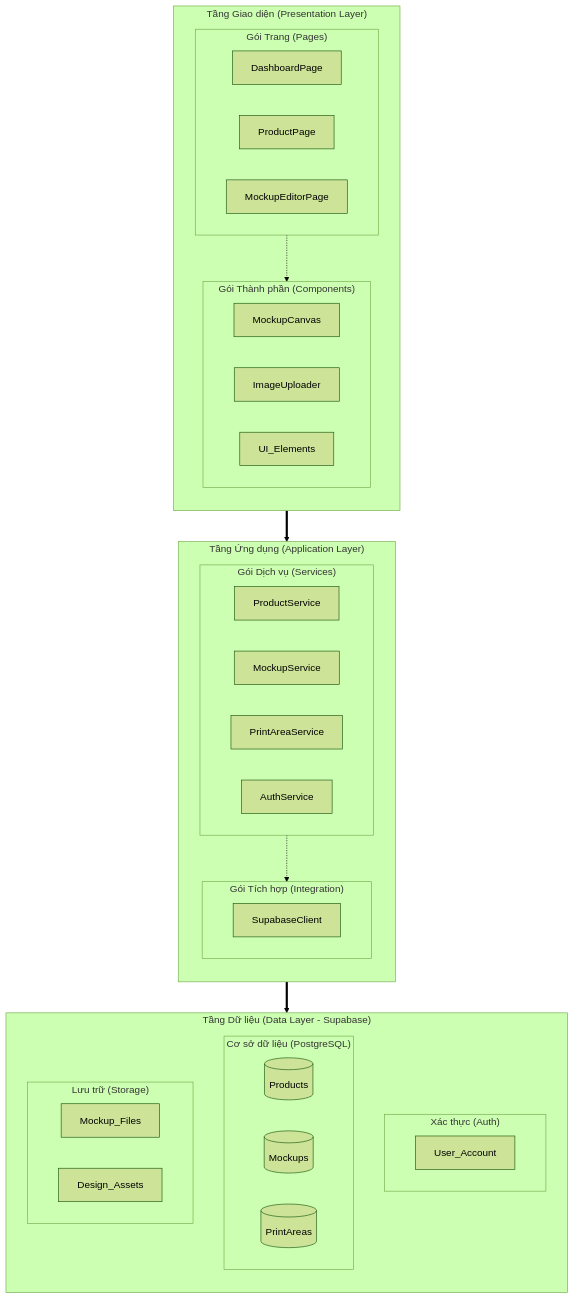
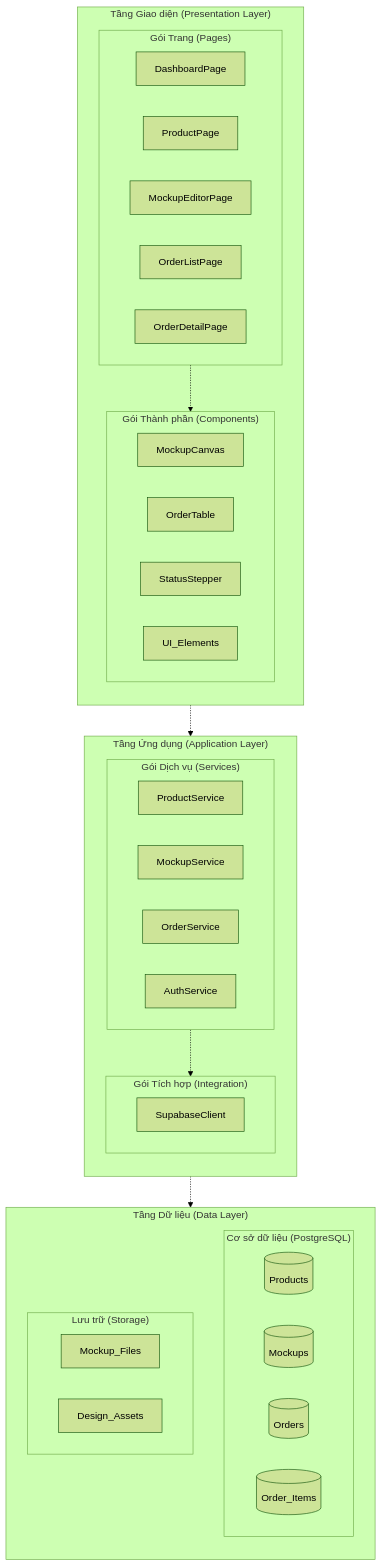
The diagram in package-diagram.md (yennh712/project-2), drawn with Mermaid (forest theme) before and after one commit.

Commit message:
Update package diagram with new components and services

````diff
--- a/package-diagram.md
+++ b/package-diagram.md
@@ -1,59 +1,60 @@
 ```mermaid
 flowchart TB
-    %% Tầng Presentation - Chỉ chứa logic hiển thị
+    %% TẦNG GIAO DIỆN (PRESENTATION LAYER)
     subgraph PresentationLayer ["Tầng Giao diện (Presentation Layer)"]
         direction TB
         subgraph ViewPages ["Gói Trang (Pages)"]
             direction LR
             P1[DashboardPage]
             P2[ProductPage]
             P3[MockupEditorPage]
+            P4[OrderListPage]
+            P5[OrderDetailPage]
         end
         subgraph ViewComponents ["Gói Thành phần (Components)"]
             direction LR
             C1[MockupCanvas]
-            C2[ImageUploader]
-            C3[UI_Elements]
+            C2[OrderTable]
+            C3[StatusStepper]
+            C4[UI_Elements]
         end
         ViewPages -.-> ViewComponents
     end
 
-    %% Tầng Application - Chứa logic nghiệp vụ điều phối
+    %% TẦNG ỨNG DỤNG (APPLICATION LAYER)
     subgraph ApplicationLayer ["Tầng Ứng dụng (Application Layer)"]
         direction TB
         subgraph BusinessServices ["Gói Dịch vụ (Services)"]
             direction LR
             S1[ProductService]
             S2[MockupService]
-            S3[PrintAreaService]
+            S3[OrderService]
             S4[AuthService]
         end
         subgraph Integration ["Gói Tích hợp (Integration)"]
             Client[SupabaseClient]
         end
         BusinessServices -.-> Integration
     end
 
-    %% Tầng Data - Quản lý lưu trữ và dữ liệu gốc
-    subgraph DataLayer ["Tầng Dữ liệu (Data Layer - Supabase)"]
+    %% TẦNG DỮ LIỆU (DATA LAYER)
+    subgraph DataLayer ["Tầng Dữ liệu (Data Layer)"]
         direction TB
-        subgraph AuthData ["Xác thực (Auth)"]
-            UserTable[User_Account]
-        end
         subgraph DBData ["Cơ sở dữ liệu (PostgreSQL)"]
             direction LR
             T1[(Products)]
             T2[(Mockups)]
-            T3[(PrintAreas)]
+            T3[(Orders)]
+            T4[(Order_Items)]
         end
         subgraph StorageData ["Lưu trữ (Storage)"]
             direction LR
             B1[Mockup_Files]
             B2[Design_Assets]
         end
     end
 
-    %% Các mối quan hệ phụ thuộc tuân thủ quy tắc thiết kế
-    PresentationLayer ==> ApplicationLayer
-    ApplicationLayer ==> DataLayer
+    %% Mối quan hệ phụ thuộc tuân thủ quy tắc thiết kế
+    PresentationLayer -.-> ApplicationLayer
+    ApplicationLayer -.-> DataLayer
 ```
````
